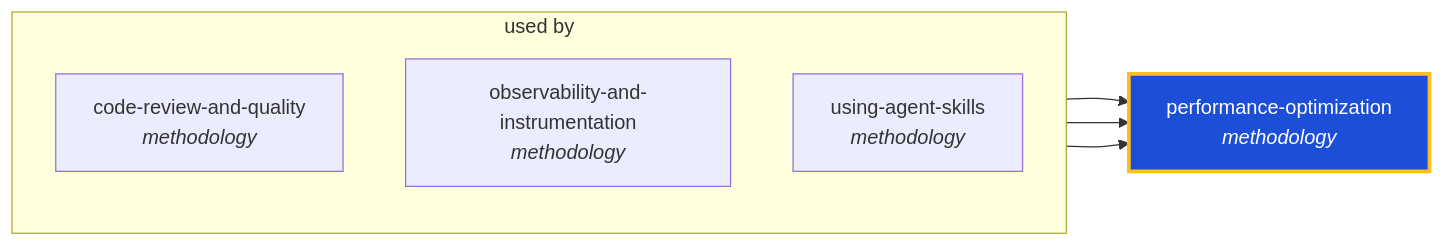
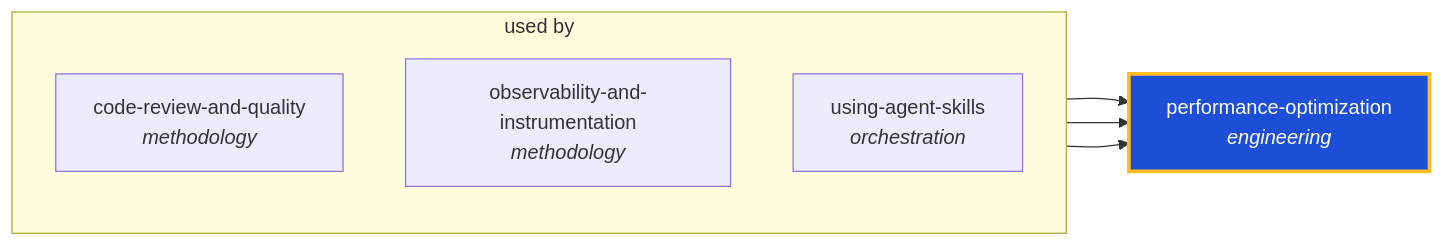
Before and after one commit to ThePlenkov/skills: the diagram in docs/graphs/generated/performance-optimization.md, drawn with Mermaid. The commit also changed other lines of this file and 76 other files, not shown here.

````diff
--- a/docs/graphs/generated/performance-optimization.md
+++ b/docs/graphs/generated/performance-optimization.md
@@ -22,17 +22,17 @@
 ```mermaid
 graph LR
-  performance_optimization["performance-optimization<br/><i>methodology</i>"]
+  performance_optimization["performance-optimization<br/><i>engineering</i>"]
   classDef center fill:#1d4ed8,stroke:#fbbf24,stroke-width:3px,color:#fff
   class performance_optimization center
 
   subgraph sg_used_by["used by"]
     direction TB
     code_review_and_quality["code-review-and-quality<br/><i>methodology</i>"]
     observability_and_instrumentation["observability-and-instrumentation<br/><i>methodology</i>"]
-    using_agent_skills["using-agent-skills<br/><i>methodology</i>"]
+    using_agent_skills["using-agent-skills<br/><i>orchestration</i>"]
   end
   code_review_and_quality --> performance_optimization
   observability_and_instrumentation --> performance_optimization
   using_agent_skills --> performance_optimization
 
 ```
````
